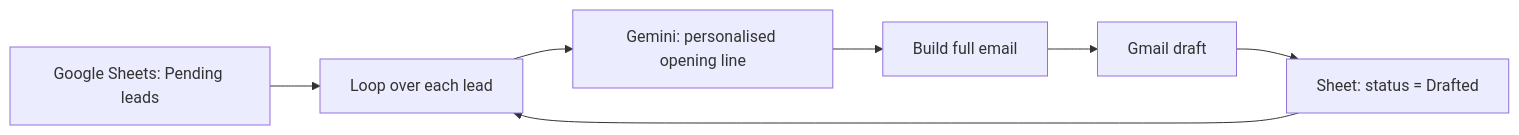
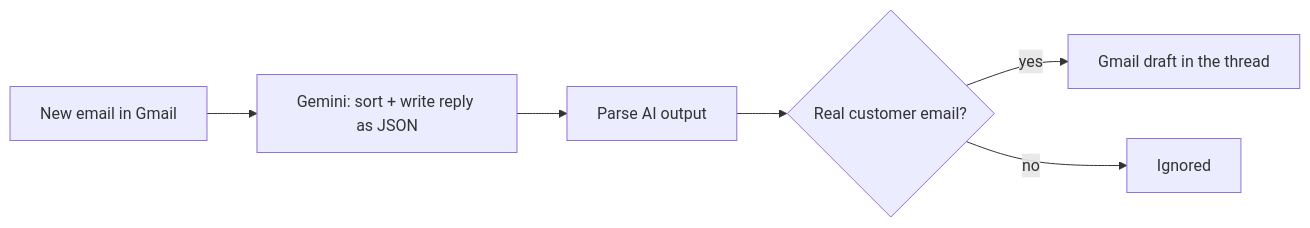
Before and after one commit to Nathanael-4977/ai-customer-support-n8n: the diagram in README.md, drawn with Mermaid. The commit also changed other lines of this file and 4 other files, not shown here.

````diff
--- a/README.md
+++ b/README.md
@@ -23,9 +26,8 @@
 ```mermaid
 flowchart LR
-    A[Google Sheets: Pending leads] --> B[Loop over each lead]
-    B --> C[Gemini: personalised opening line]
-    C --> D[Build full email]
-    D --> E[Gmail draft]
-    E --> F[Sheet: status = Drafted]
-    F --> B
+    A[New email in Gmail] --> B[Gemini: sort + write reply as JSON]
+    B --> C[Parse AI output]
+    C --> D{Real customer email?}
+    D -- yes --> E[Gmail draft in the thread]
+    D -- no --> F[Ignored]
 ```
````
